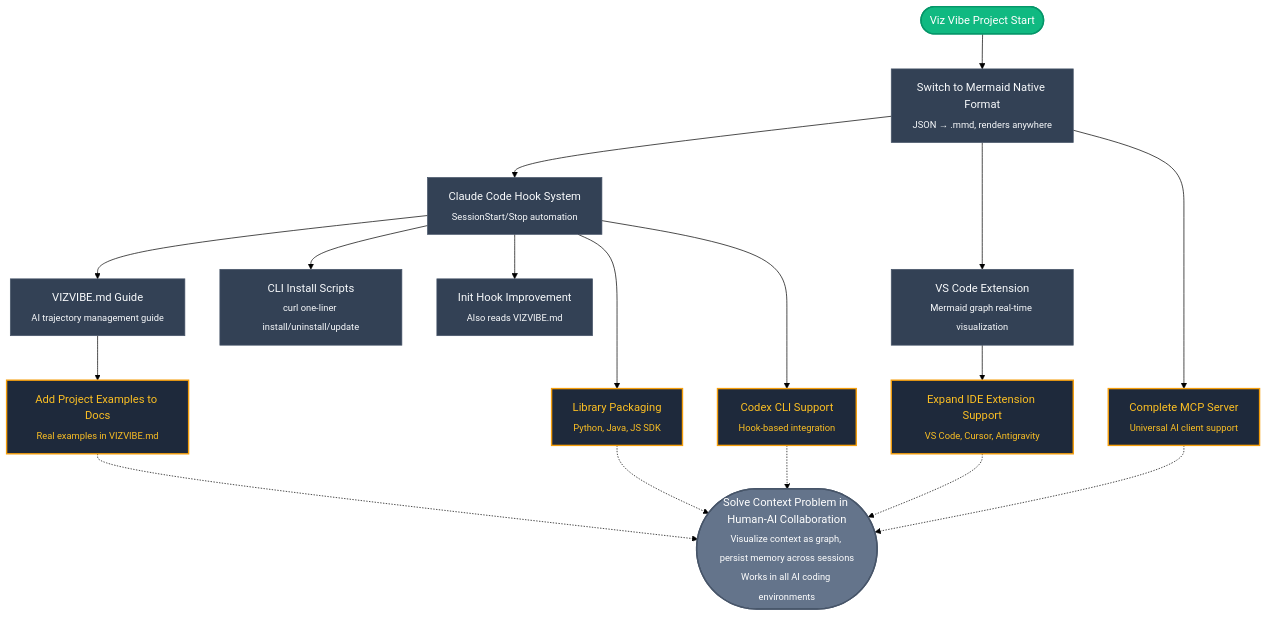
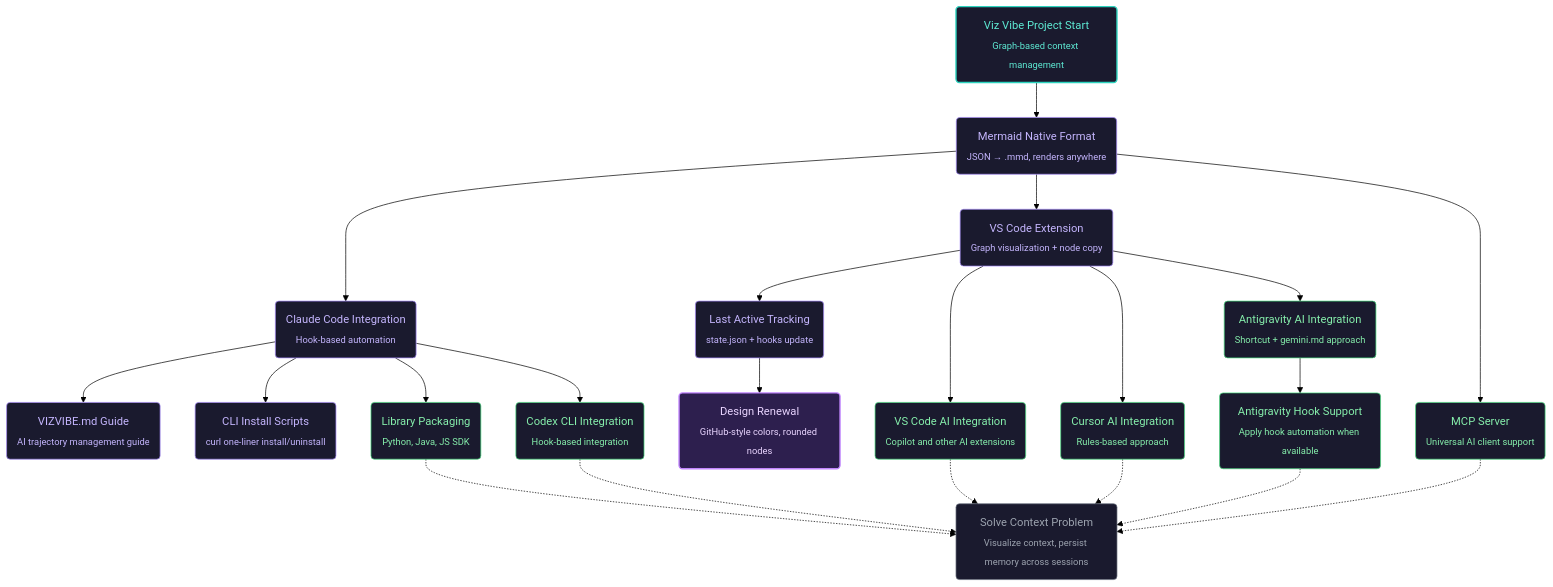
The third of 6 diagrams in shared/templates/VIZVIBE.md (NamHyeongKeol/viz-vibe), drawn with Mermaid (forest theme) before and after one commit. The commit also changed other lines of this file and 5 other files, not shown here.

First line of the commit message:
feat: Extension UX improvements and Stop hook fix

````diff
--- a/shared/templates/VIZVIBE.md
+++ b/shared/templates/VIZVIBE.md
@@ -314,90 +314,109 @@
 flowchart TD
     %% === PROJECT GOALS ===
     %% Ultimate Goal: Make human-AI collaboration seamless with visual context maps
-    %% Current Goal: Stabilize Claude Code integration, expand to other platforms
+    %% Current Goal: Expand AI agent integrations to other platforms
+    %% @lastActive: design_renewal
 
-    %% === START & GOAL ===
+    %% === START ===
+    %% @project_start [start, closed]: Project started - graph-based context management tool
+    project_start("Viz Vibe Project Start<br/><sub>Graph-based context management</sub>")
 
-    %% @project_start [start, closed]: Project started - graph-based context management tool
-    project_start(["Viz Vibe Project Start"])
-
-    %% @ultimate_goal [end, opened]: Ultimate goal - visualize context and maintain memory across sessions in all AI coding environments
-    ultimate_goal(["Solve Context Problem in Human-AI Collaboration<br/><sub>Visualize context as graph, persist memory across sessions<br/>Works in all AI coding environments</sub>"])
+    %% @ultimate_goal [end, opened]: Ultimate goal - visualize context across all AI coding environments
+    ultimate_goal("Solve Context Problem<br/><sub>Visualize context, persist memory across sessions</sub>")
 
     %% === COMPLETED WORK ===
+    %% @mermaid_native [ai-task, closed]: Switched from JSON to Mermaid .mmd
+    mermaid_native("Mermaid Native Format<br/><sub>JSON → .mmd, renders anywhere</sub>")
 
-    %% @mermaid_native [ai-task, closed]: Switched from JSON to Mermaid .mmd - renders anywhere (GitHub, Notion, etc.)
-    mermaid_native["Switch to Mermaid Native Format<br/><sub>JSON → .mmd, renders anywhere</sub>"]
+    %% @claude_code_integration [ai-task, closed]: Claude Code AI agent integration via hooks
+    claude_code_integration("Claude Code Integration<br/><sub>Hook-based automation</sub>")
 
-    %% @claude_code_hooks [ai-task, closed]: Implemented Claude Code hooks - auto read/update via SessionStart/Stop
-    claude_code_hooks["Claude Code Hook System<br/><sub>SessionStart/Stop automation</sub>"]
+    %% @vizvibe_guide [ai-task, closed]: Created VIZVIBE.md guide
+    vizvibe_guide("VIZVIBE.md Guide<br/><sub>AI trajectory management guide</sub>")
 
-    %% @vizvibe_guide [ai-task, closed]: Created VIZVIBE.md guide - documented how AI manages trajectory
-    vizvibe_guide["VIZVIBE.md Guide<br/><sub>AI trajectory management guide</sub>"]
+    %% @install_scripts [ai-task, closed]: Created install scripts
+    install_scripts("CLI Install Scripts<br/><sub>curl one-liner install/uninstall</sub>")
 
-    %% @install_scripts [ai-task, closed]: Created install scripts - one-liner curl install/uninstall/update
-    install_scripts["CLI Install Scripts<br/><sub>curl one-liner install/uninstall/update</sub>"]
+    %% @vscode_extension [ai-task, closed]: VS Code extension with graph visualization and node copy
+    vscode_extension("VS Code Extension<br/><sub>Graph visualization + node copy</sub>")
 
-    %% @vscode_extension [ai-task, closed]: Developed VS Code extension - .mmd file graph visualization
-    vscode_extension["VS Code Extension<br/><sub>Mermaid graph real-time visualization</sub>"]
+    %% @lastactive_tracking [ai-task, closed]: Added lastActiveNode tracking to state.json and hooks
+    lastactive_tracking("Last Active Tracking<br/><sub>state.json + hooks update</sub>")
 
-    %% @read_hook_improve [ai-task, closed]: Improved read-vizvibe.js - reads both vizvibe.mmd and VIZVIBE.md
-    read_hook_improve["Init Hook Improvement<br/><sub>Also reads VIZVIBE.md</sub>"]
+    %% @design_renewal [ai-task, closed]: GitHub-style design - green/purple colors, rounded rectangles
+    design_renewal("Design Renewal<br/><sub>GitHub-style colors, rounded nodes</sub>")
 
-    %% === FUTURE WORK ===
+    %% === FUTURE WORK: AI AGENT INTEGRATIONS ===
+    %% @vscode_agent_integration [ai-task, opened]: VS Code AI agent integration
+    vscode_agent_integration("VS Code AI Integration<br/><sub>Copilot and other AI extensions</sub>")
 
-    %% @lib_packaging [ai-task, opened]: Library packaging - provide SDK for Python, Java, JS environments
-    lib_packaging["Library Packaging<br/><sub>Python, Java, JS SDK</sub>"]
+    %% @cursor_agent_integration [ai-task, opened]: Cursor AI agent integration
+    cursor_agent_integration("Cursor AI Integration<br/><sub>Rules-based approach</sub>")
 
-    %% @mcp_server [ai-task, opened]: Complete MCP server - enable use with other AI clients
-    mcp_server["Complete MCP Server<br/><sub>Universal AI client support</sub>"]
+    %% @antigravity_agent_integration [ai-task, opened]: Antigravity AI agent integration
+    antigravity_agent_integration("Antigravity AI Integration<br/><sub>Shortcut + gemini.md approach</sub>")
 
-    %% @codex_cli [ai-task, opened]: Codex CLI support - hook-based integration like Claude Code
-    codex_cli["Codex CLI Support<br/><sub>Hook-based integration</sub>"]
+    %% @antigravity_hook_support [ai-task, opened]: Antigravity hook support when available
+    antigravity_hook_support("Antigravity Hook Support<br/><sub>Apply hook automation when available</sub>")
 
-    %% @ide_extensions [ai-task, opened]: Expand IDE extension support - VS Code, Cursor, Antigravity
-    ide_extensions["Expand IDE Extension Support<br/><sub>VS Code, Cursor, Antigravity</sub>"]
+    %% @codex_cli_integration [ai-task, opened]: Codex CLI AI agent integration
+    codex_cli_integration("Codex CLI Integration<br/><sub>Hook-based integration</sub>")
 
-    %% @improve_docs [ai-task, opened]: Improve documentation - add real project examples to VIZVIBE.md
-    improve_docs["Add Project Examples to Docs<br/><sub>Real examples in VIZVIBE.md</sub>"]
+    %% === FUTURE WORK: OTHER ===
+    %% @lib_packaging [ai-task, opened]: Library packaging - SDK for Python, Java, JS
+    lib_packaging("Library Packaging<br/><sub>Python, Java, JS SDK</sub>")
+
+    %% @mcp_server [ai-task, opened]: Complete MCP server
+    mcp_server("MCP Server<br/><sub>Universal AI client support</sub>")
 
     %% === CONNECTIONS ===
     project_start --> mermaid_native
-    mermaid_native --> claude_code_hooks
+    mermaid_native --> claude_code_integration
     mermaid_native --> vscode_extension
-    claude_code_hooks --> vizvibe_guide
-    claude_code_hooks --> install_scripts
-    claude_code_hooks --> read_hook_improve
-    claude_code_hooks --> lib_packaging
-    claude_code_hooks --> codex_cli
+    claude_code_integration --> vizvibe_guide
+    claude_code_integration --> install_scripts
+    claude_code_integration --> lib_packaging
+    claude_code_integration --> codex_cli_integration
+    vscode_extension --> lastactive_tracking
+    lastactive_tracking --> design_renewal
+    vscode_extension --> vscode_agent_integration
+    vscode_extension --> cursor_agent_integration
+    vscode_extension --> antigravity_agent_integration
+    antigravity_agent_integration --> antigravity_hook_support
     mermaid_native --> mcp_server
-    vscode_extension --> ide_extensions
-    vizvibe_guide --> improve_docs
     lib_packaging -.-> ultimate_goal
     mcp_server -.-> ultimate_goal
-    codex_cli -.-> ultimate_goal
-    ide_extensions -.-> ultimate_goal
-    improve_docs -.-> ultimate_goal
+    codex_cli_integration -.-> ultimate_goal
+    vscode_agent_integration -.-> ultimate_goal
+    cursor_agent_integration -.-> ultimate_goal
+    antigravity_hook_support -.-> ultimate_goal
 
     %% === STYLES ===
-    %% Start (emerald)
-    style project_start fill:#10b981,stroke:#059669,color:#fff,stroke-width:2px
+    %% GitHub-inspired colors: Open = green, Closed = purple/gray
 
-    %% Ultimate Goal (gray - end node)
-    style ultimate_goal fill:#64748b,stroke:#475569,color:#fff,stroke-width:2px
+    %% Start node (teal)
+    style project_start fill:#1a1a2e,stroke:#2dd4bf,color:#5eead4,stroke-width:2px
 
-    %% Closed AI Tasks (slate)
-    style mermaid_native fill:#334155,stroke:#475569,color:#f8fafc,stroke-width:1px
-    style claude_code_hooks fill:#334155,stroke:#475569,color:#f8fafc,stroke-width:1px
-    style vizvibe_guide fill:#334155,stroke:#475569,color:#f8fafc,stroke-width:1px
-    style install_scripts fill:#334155,stroke:#475569,color:#f8fafc,stroke-width:1px
-    style vscode_extension fill:#334155,stroke:#475569,color:#f8fafc,stroke-width:1px
-    style read_hook_improve fill:#334155,stroke:#475569,color:#f8fafc,stroke-width:1px
+    %% Ultimate Goal (muted)
+    style ultimate_goal fill:#1a1a2e,stroke:#6b7280,color:#9ca3af,stroke-width:1px
 
-    %% Opened AI Tasks (amber border)
-    style lib_packaging fill:#1e293b,stroke:#f59e0b,color:#fbbf24,stroke-width:2px
-    style mcp_server fill:#1e293b,stroke:#f59e0b,color:#fbbf24,stroke-width:2px
-    style codex_cli fill:#1e293b,stroke:#f59e0b,color:#fbbf24,stroke-width:2px
-    style ide_extensions fill:#1e293b,stroke:#f59e0b,color:#fbbf24,stroke-width:2px
-    style improve_docs fill:#1e293b,stroke:#f59e0b,color:#fbbf24,stroke-width:2px
+    %% Closed tasks (soft purple - like GitHub merged)
+    style mermaid_native fill:#1a1a2e,stroke:#a78bfa,color:#c4b5fd,stroke-width:1px
+    style claude_code_integration fill:#1a1a2e,stroke:#a78bfa,color:#c4b5fd,stroke-width:1px
+    style vizvibe_guide fill:#1a1a2e,stroke:#a78bfa,color:#c4b5fd,stroke-width:1px
+    style install_scripts fill:#1a1a2e,stroke:#a78bfa,color:#c4b5fd,stroke-width:1px
+    style vscode_extension fill:#1a1a2e,stroke:#a78bfa,color:#c4b5fd,stroke-width:1px
+    style lastactive_tracking fill:#1a1a2e,stroke:#a78bfa,color:#c4b5fd,stroke-width:1px
+
+    %% Last active node (highlighted - brighter purple)
+    style design_renewal fill:#2d1f4e,stroke:#c084fc,color:#e9d5ff,stroke-width:2px
+
+    %% Open tasks (soft green - like GitHub open)
+    style vscode_agent_integration fill:#1a1a2e,stroke:#4ade80,color:#86efac,stroke-width:1px
+    style cursor_agent_integration fill:#1a1a2e,stroke:#4ade80,color:#86efac,stroke-width:1px
+    style antigravity_agent_integration fill:#1a1a2e,stroke:#4ade80,color:#86efac,stroke-width:1px
+    style antigravity_hook_support fill:#1a1a2e,stroke:#4ade80,color:#86efac,stroke-width:1px
+    style codex_cli_integration fill:#1a1a2e,stroke:#4ade80,color:#86efac,stroke-width:1px
+    style lib_packaging fill:#1a1a2e,stroke:#4ade80,color:#86efac,stroke-width:1px
+    style mcp_server fill:#1a1a2e,stroke:#4ade80,color:#86efac,stroke-width:1px
 ```
````
